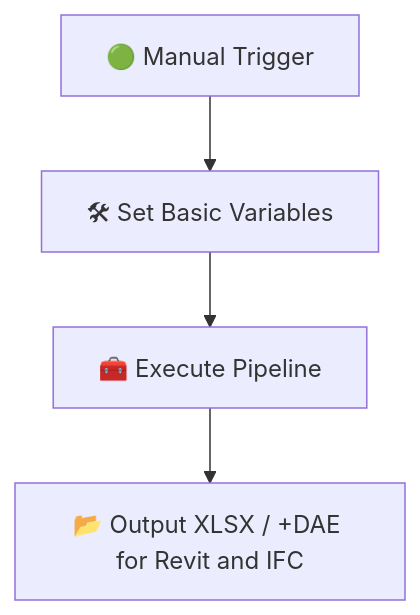
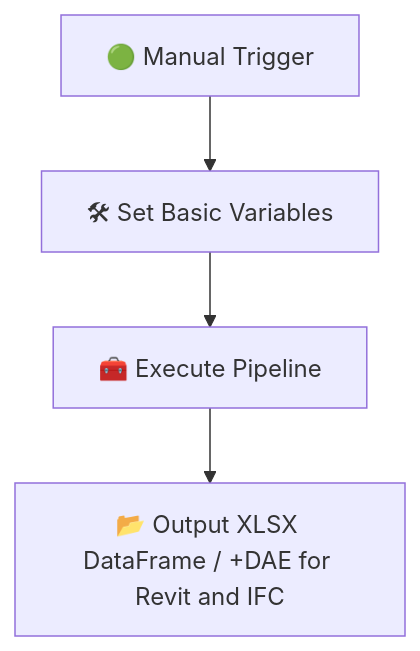
One commit to ehtick/cad2data-Revit-IFC-DWG-DGN-pipeline-with-conversion-validation-qto changed the first of 3 diagrams in README.md. Above: the diagram before and after it, drawn with Mermaid.

````diff
--- a/README.md
+++ b/README.md
@@ -73,6 +73,6 @@
 ```mermaid
 graph TD;
     A[🟢 Manual Trigger] --> B[🛠 Set Basic Variables]
     B --> C[🧰 Execute Pipeline]
-    C --> D[📂 Output XLSX / +DAE for Revit and IFC]
+    C --> D[📂 Output XLSX DataFrame / +DAE for Revit and IFC]
 ```
````
